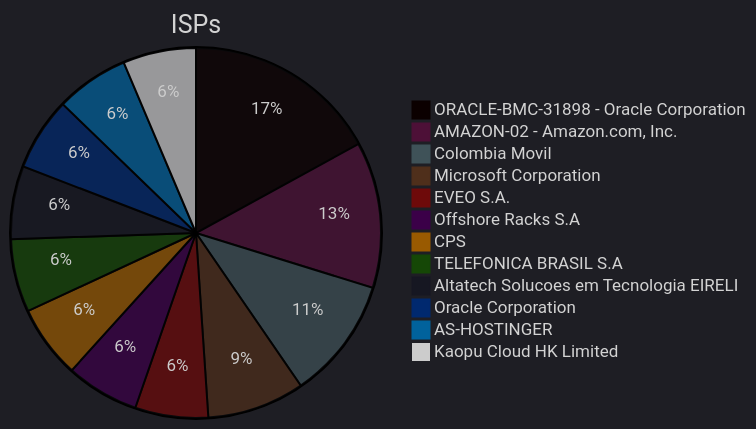
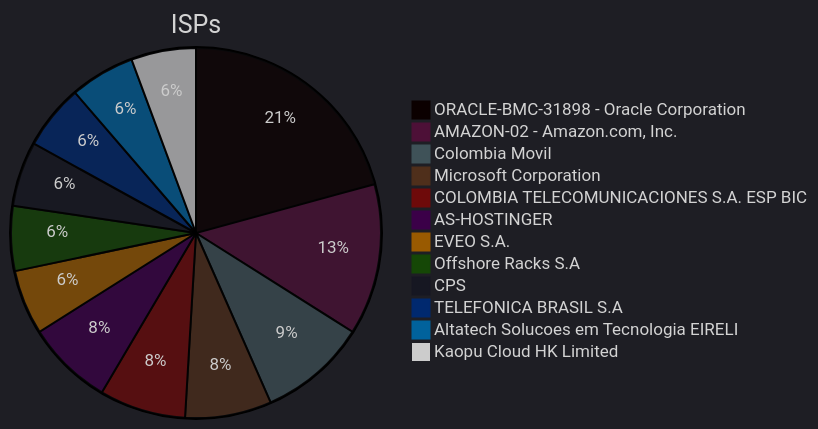
One commit to ZoqueLabs/website changed the fourth of 8 diagrams in zolim.md. Above: the diagram before and after it, drawn with Mermaid. The commit also changed other lines of this file, not shown here.

````diff
--- a/zolim.md
+++ b/zolim.md
@@ -93,19 +93,19 @@
 ```mermaid
 ---
 config:
   theme: dark
 ---
 pie title ISPs
-  "ORACLE-BMC-31898 - Oracle Corporation" : 8
-  "AMAZON-02 - Amazon.com, Inc." : 6
+  "ORACLE-BMC-31898 - Oracle Corporation" : 11
+  "AMAZON-02 - Amazon.com, Inc." : 7
   "Colombia Movil" : 5
   "Microsoft Corporation" : 4
+  "COLOMBIA TELECOMUNICACIONES S.A. ESP BIC" : 4
+  "AS-HOSTINGER" : 4
   "EVEO S.A." : 3
   "Offshore Racks S.A" : 3
   "CPS" : 3
   "TELEFONICA BRASIL S.A" : 3
   "Altatech Solucoes em Tecnologia EIRELI" : 3
-  "Oracle Corporation" : 3
-  "AS-HOSTINGER" : 3
   "Kaopu Cloud HK Limited" : 3
 ```
````
